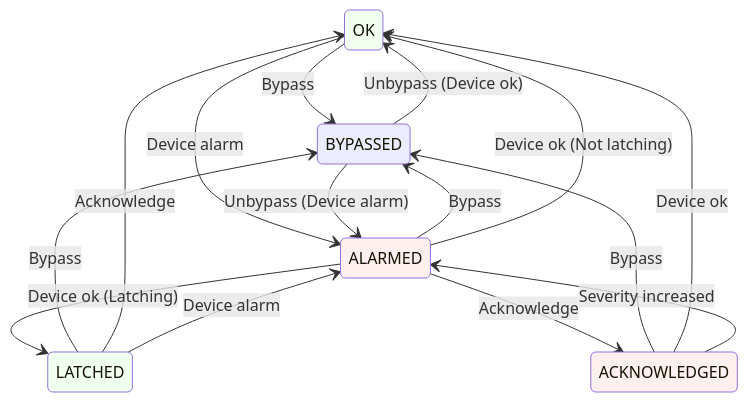
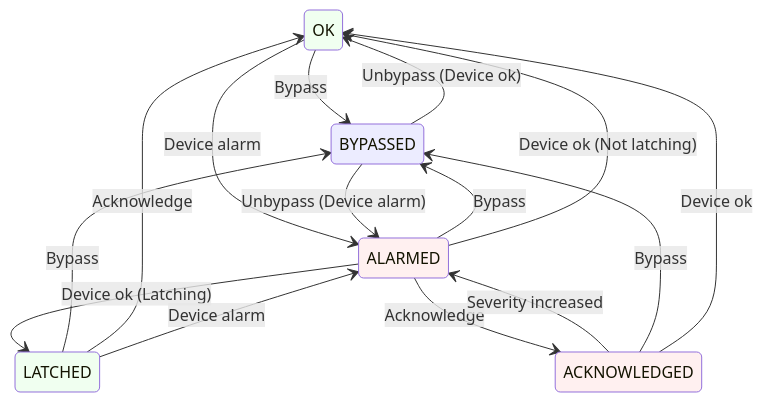
One commit to fermi-ad/acorn-alarms-service changed the diagram in README.md. Above: the diagram before and after it, drawn with Mermaid. The commit also changed other lines of this file, not shown here.

````diff
--- a/README.md
+++ b/README.md
@@ -67,26 +48,26 @@
 ```mermaid
 stateDiagram-v2
   OK --> BYPASSED: Bypass
   OK --> ALARMED: Device alarm
 
   BYPASSED --> OK: Unbypass (Device ok)
   BYPASSED --> ALARMED: Unbypass (Device alarm)
 
   ALARMED --> BYPASSED: Bypass
   ALARMED --> OK: Device ok (Not latching)
   ALARMED --> LATCHED: Device ok (Latching)
   ALARMED --> ACKNOWLEDGED: Acknowledge
 
+  ACKNOWLEDGED --> ALARMED: Severity increased
   ACKNOWLEDGED --> BYPASSED: Bypass
   ACKNOWLEDGED --> OK: Device ok
-  ACKNOWLEDGED --> ALARMED: Severity increased
 
   LATCHED --> BYPASSED: Bypass
   LATCHED --> OK: Acknowledge
   LATCHED --> ALARMED: Device alarm
 
   style OK            fill:#F0FFF0
   style LATCHED       fill:#F0FFF0
   style ALARMED       fill:#FFF0F0
   style ACKNOWLEDGED  fill:#FFF0F0
 ```
````
